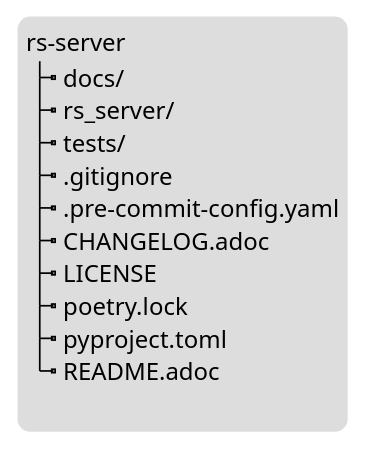
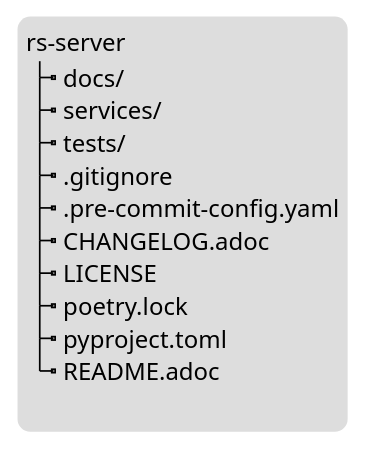
Before and after one commit to RS-PYTHON/rs-server: the diagram in docs/doc/dev/background/tree-structure.adoc, drawn with PlantUML. The commit also changed other lines of this file and 5 other files, not shown here.

```diff
--- a/docs/doc/dev/background/tree-structure.adoc
+++ b/docs/doc/dev/background/tree-structure.adoc
@@ -5,22 +5,22 @@
 [plantuml, format=svg, opts="inline"]
 ----
 skinparam Legend {
 	BorderColor transparent
 }
 
 legend
 rs-server
 |_ docs/
-|_ rs_server/
+|_ services/
 |_ tests/
 |_ .gitignore
 |_ .pre-commit-config.yaml
 |_ CHANGELOG.adoc
 |_ LICENSE
 |_ poetry.lock
 |_ pyproject.toml
 |_ README.adoc
 
 end legend
 
 ----
```
